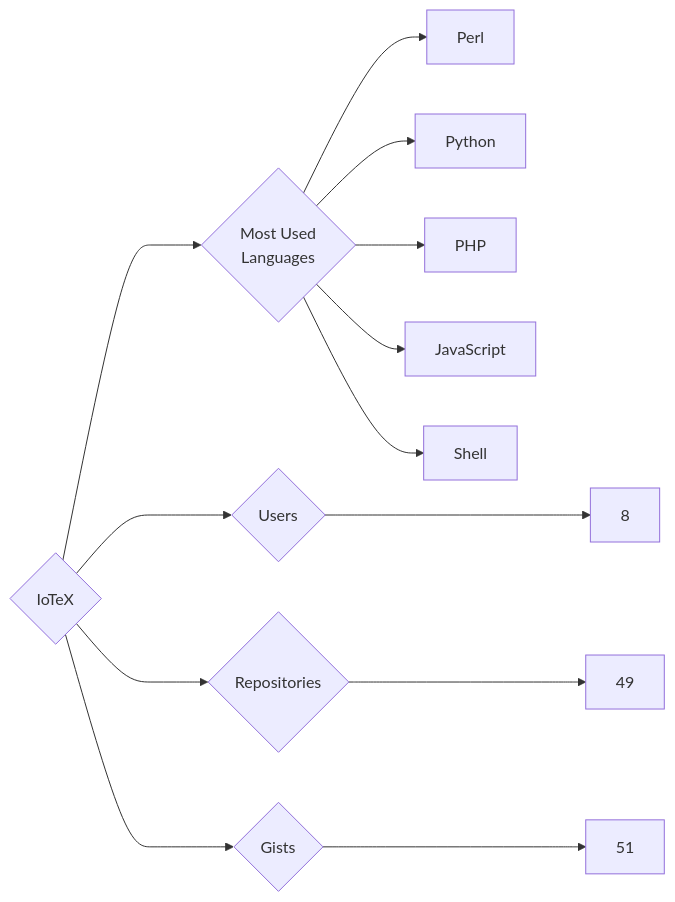
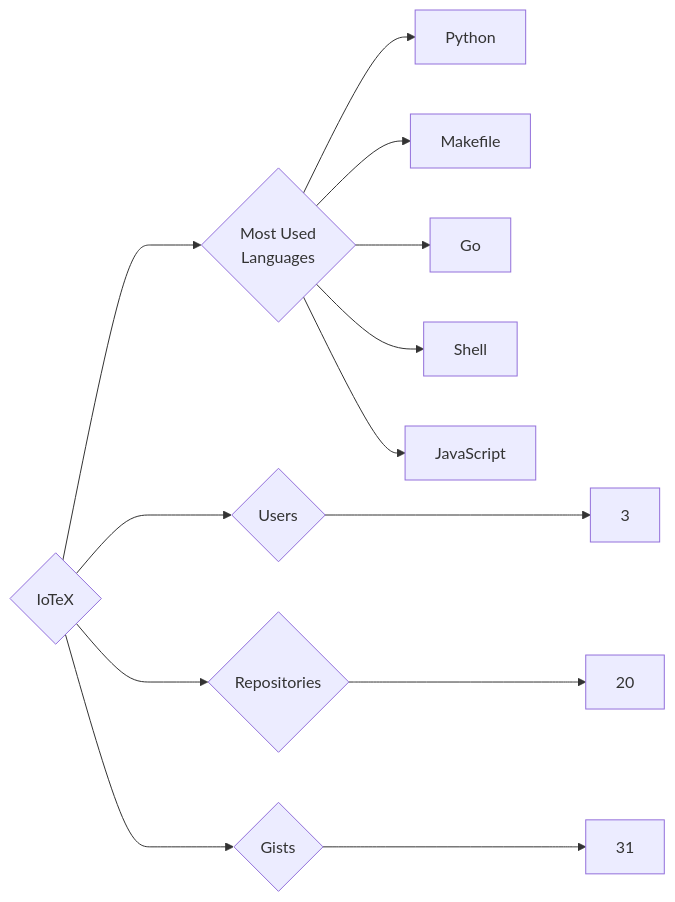
One commit to trickest/insiders changed the diagram in targets/IoTeX/README.md. Above: the diagram before and after it, drawn with Mermaid. The commit also changed 859 other files, not shown here.

````diff
--- a/targets/IoTeX/README.md
+++ b/targets/IoTeX/README.md
@@ -3,13 +3,13 @@
 ```mermaid
 graph LR
 COMPANY_NAME{IoTeX}
-COMPANY_NAME ---> U{Users} ---> UN[8]
-COMPANY_NAME ---> R{Repositories} ---> RN[49]
-COMPANY_NAME ---> G{Gists} ---> GN[51]
+COMPANY_NAME ---> U{Users} ---> UN[3]
+COMPANY_NAME ---> R{Repositories} ---> RN[20]
+COMPANY_NAME ---> G{Gists} ---> GN[31]
 COMPANY_NAME ---> ML{Most Used<br>Languages}
-ML --> Perl[Perl]
 ML --> Python[Python]
-ML --> PHP[PHP]
+ML --> Makefile[Makefile]
+ML --> Go[Go]
+ML --> Shell[Shell]
 ML --> JavaScript[JavaScript]
-ML --> Shell[Shell]
 ```
````
